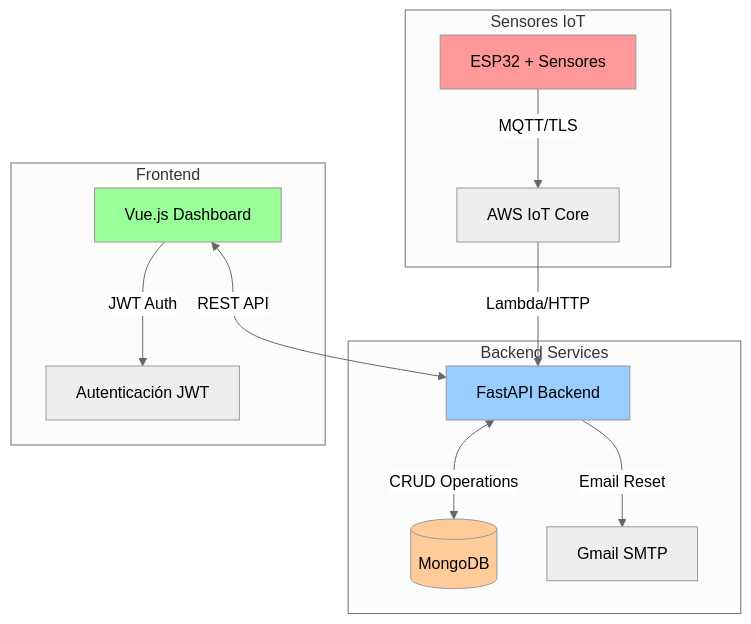
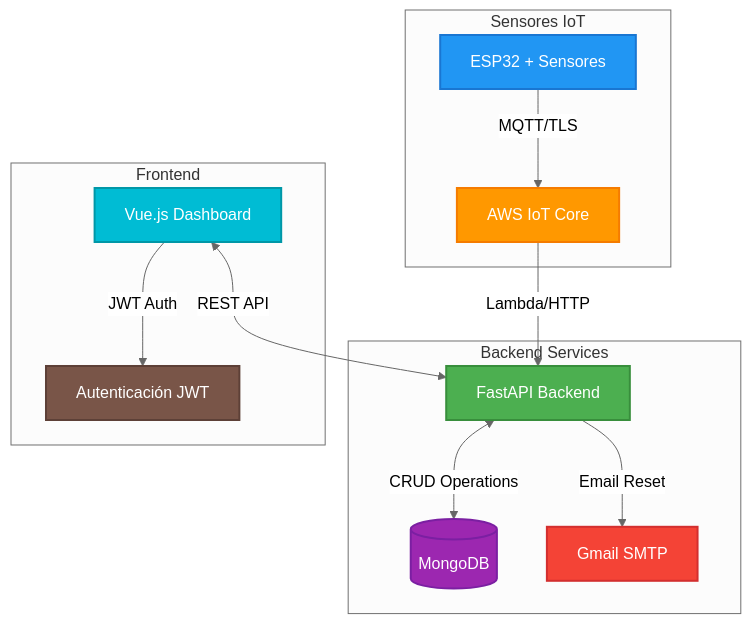
Before and after one commit to KsmBlitz/UNAB-ProyectoDeTitulo: the diagram in README.md, drawn with Mermaid (neutral theme). The commit also changed other lines of this file, not shown here.

Commit message:
Readme Update

````diff
--- a/README.md
+++ b/README.md
@@ -48,30 +48,33 @@
 ```mermaid
 graph TB
     subgraph "Sensores IoT"
         ESP32[ESP32 + Sensores]
         AWS[AWS IoT Core]
     end
     
     subgraph "Backend Services"
         API[FastAPI Backend]
         DB[(MongoDB)]
         SMTP[Gmail SMTP]
     end
     
     subgraph "Frontend"
         WEB[Vue.js Dashboard]
         AUTH[Autenticación JWT]
     end
     
     ESP32 -->|MQTT/TLS| AWS
     AWS -->|Lambda/HTTP| API
     API <-->|CRUD Operations| DB
     API -->|Email Reset| SMTP
     WEB <-->|REST API| API
     WEB -->|JWT Auth| AUTH
     
-    style ESP32 fill:#ff9999
-    style API fill:#99ccff
-    style WEB fill:#99ff99
-    style DB fill:#ffcc99
+    style ESP32 fill:#2196F3,stroke:#1976D2,stroke-width:2px,color:#fff
+    style AWS fill:#FF9800,stroke:#F57C00,stroke-width:2px,color:#fff
+    style API fill:#4CAF50,stroke:#388E3C,stroke-width:2px,color:#fff
+    style DB fill:#9C27B0,stroke:#7B1FA2,stroke-width:2px,color:#fff
+    style SMTP fill:#F44336,stroke:#D32F2F,stroke-width:2px,color:#fff
+    style WEB fill:#00BCD4,stroke:#0097A7,stroke-width:2px,color:#fff
+    style AUTH fill:#795548,stroke:#5D4037,stroke-width:2px,color:#fff
 ```
````
